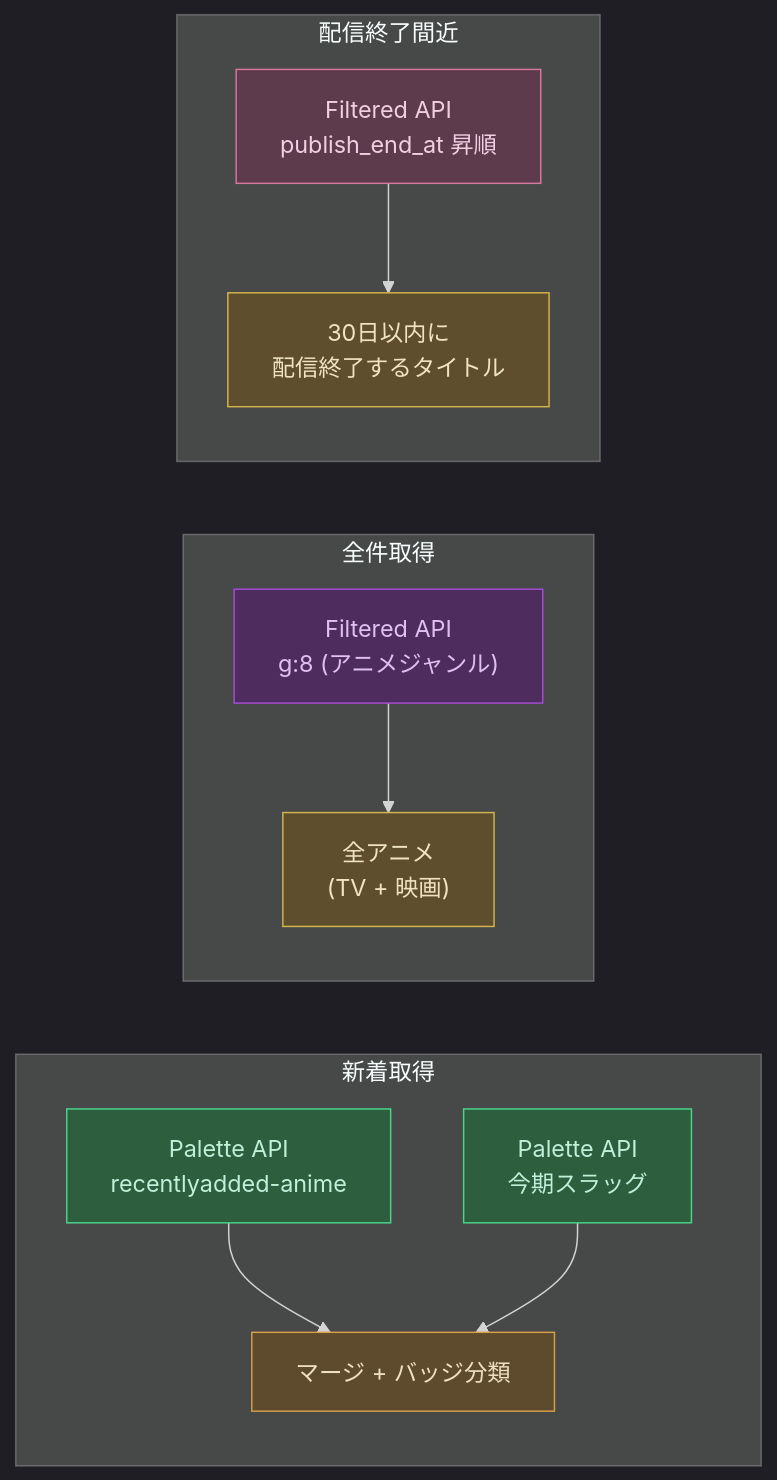
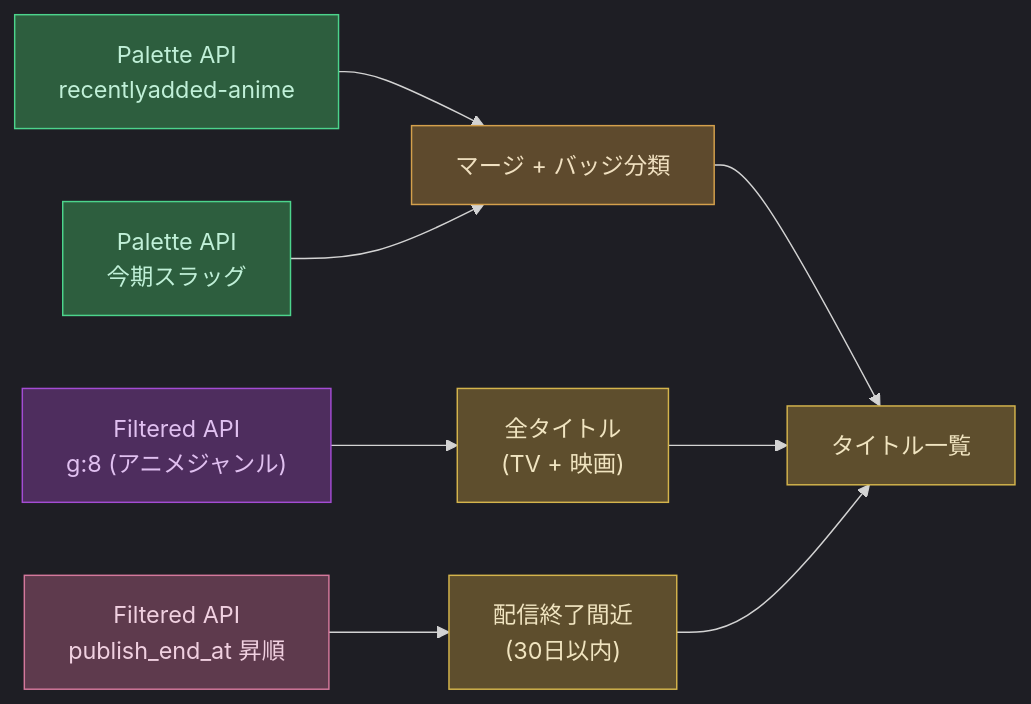
Before and after one commit to tkgstrator/anime-tracker: the fourth of 5 diagrams in README.ja.md, drawn with Mermaid. The commit also changed other lines of this file, not shown here.

````diff
--- a/README.ja.md
+++ b/README.ja.md
@@ -191,22 +197,21 @@
 ```mermaid
 %%{init: {'theme': 'dark'}}%%
 graph LR
-    subgraph 新着取得
-        Palette["Palette API<br/>recentlyadded-anime"] --> Dedup["マージ + バッジ分類"]
-        Season["Palette API<br/>今期スラッグ"] --> Dedup
-    end
-    subgraph 全件取得
-        Filtered["Filtered API<br/>g:8 (アニメジャンル)"] --> All["全アニメ<br/>(TV + 映画)"]
-    end
-    subgraph 配信終了間近
-        Expiring["Filtered API<br/>publish_end_at 昇順"] --> Exp["30日以内に<br/>配信終了するタイトル"]
-    end
+    Palette["Palette API<br/>recentlyadded-anime"] --> Dedup["マージ + バッジ分類"]
+    Season["Palette API<br/>今期スラッグ"] --> Dedup
+    Filtered["Filtered API<br/>g:8 (アニメジャンル)"] --> All["全タイトル<br/>(TV + 映画)"]
+    ExpNode["Filtered API<br/>publish_end_at 昇順"] --> Exp["配信終了間近<br/>(30日以内)"]
+
+    Dedup --> Titles["タイトル一覧"]
+    All --> Titles
+    Exp --> Titles
 
     style Palette fill:#2d5e3e,stroke:#4cd48c,color:#c0f0d8
     style Season fill:#2d5e3e,stroke:#4cd48c,color:#c0f0d8
     style Dedup fill:#5e4a2d,stroke:#d4a04c,color:#f0e0c0
     style Filtered fill:#4e2d5e,stroke:#a44cd4,color:#e0c0f0
     style All fill:#5e4e2d,stroke:#d4b44c,color:#f0e4c0
-    style Expiring fill:#5e3a4d,stroke:#d4789c,color:#f0d0e0
+    style ExpNode fill:#5e3a4d,stroke:#d4789c,color:#f0d0e0
     style Exp fill:#5e4e2d,stroke:#d4b44c,color:#f0e4c0
+    style Titles fill:#5e4e2d,stroke:#d4b44c,color:#f0e4c0
 ```
````
